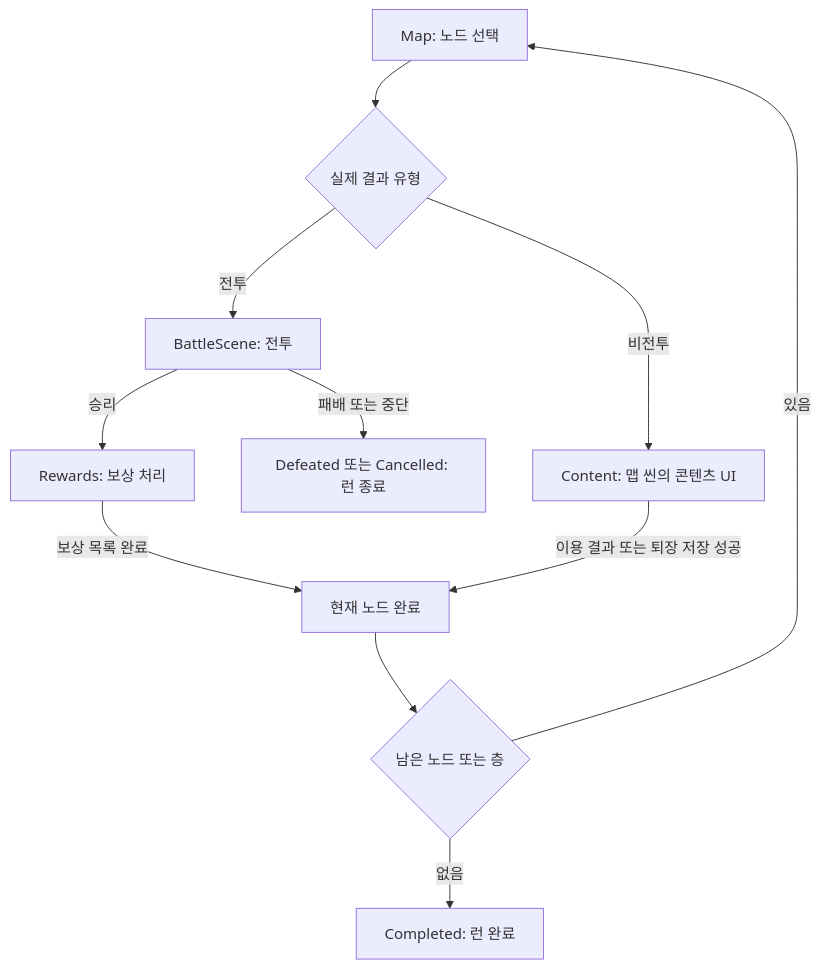
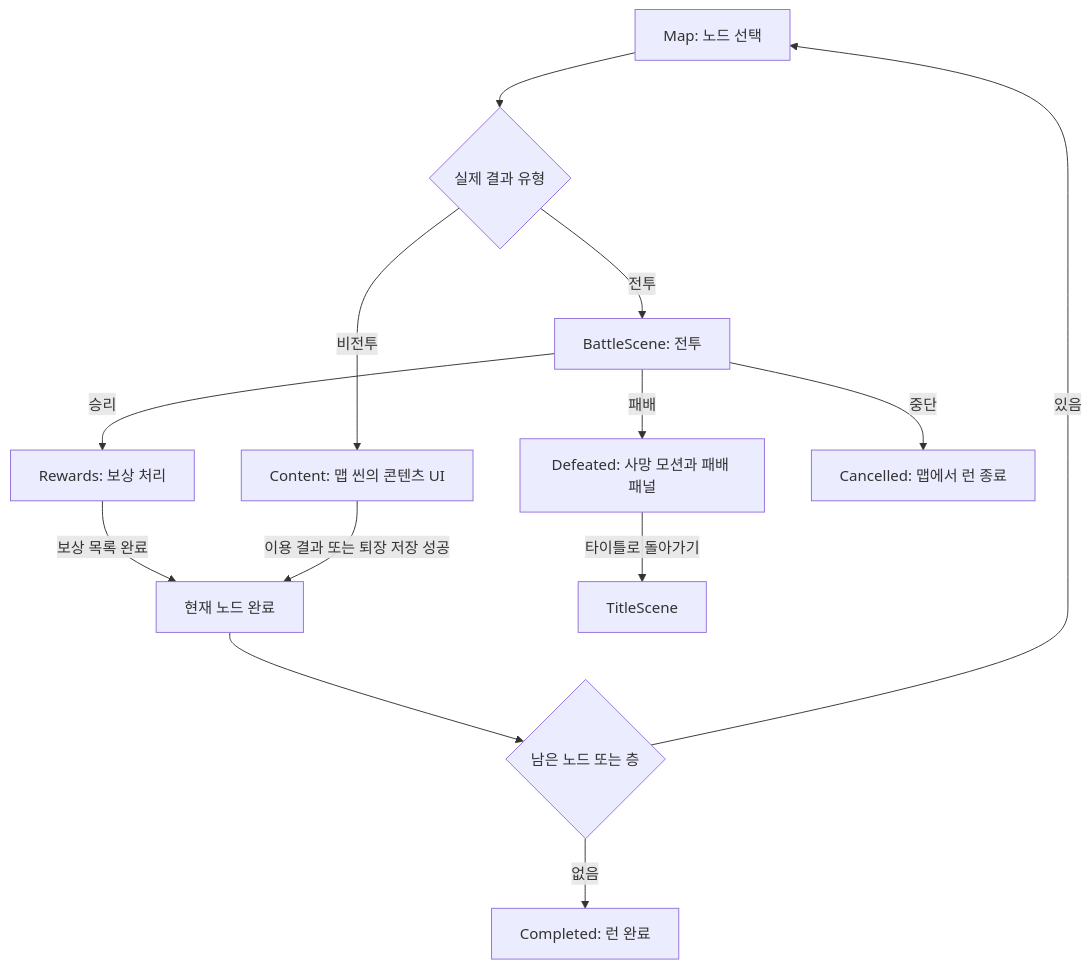
The diagram in docs/MapSystem.md (hun1hun1/Unity_ProjectDN), drawn with Mermaid before and after one commit. The commit also changed other lines of this file and 18 other files, not shown here.

````diff
--- a/docs/MapSystem.md
+++ b/docs/MapSystem.md
@@ -78,13 +78,15 @@
 ```mermaid
 flowchart TD
     A[Map: 노드 선택] --> B{실제 결과 유형}
     B -->|전투| C[BattleScene: 전투]
     C -->|승리| D[Rewards: 보상 처리]
     D -->|보상 목록 완료| E[현재 노드 완료]
     B -->|비전투| F[Content: 맵 씬의 콘텐츠 UI]
     F -->|이용 결과 또는 퇴장 저장 성공| E
     E --> G{남은 노드 또는 층}
     G -->|있음| A
     G -->|없음| H[Completed: 런 완료]
-    C -->|패배 또는 중단| I[Defeated 또는 Cancelled: 런 종료]
+    C -->|패배| I[Defeated: 사망 모션과 패배 패널]
+    I -->|타이틀로 돌아가기| J[TitleScene]
+    C -->|중단| K[Cancelled: 맵에서 런 종료]
 ```
````
